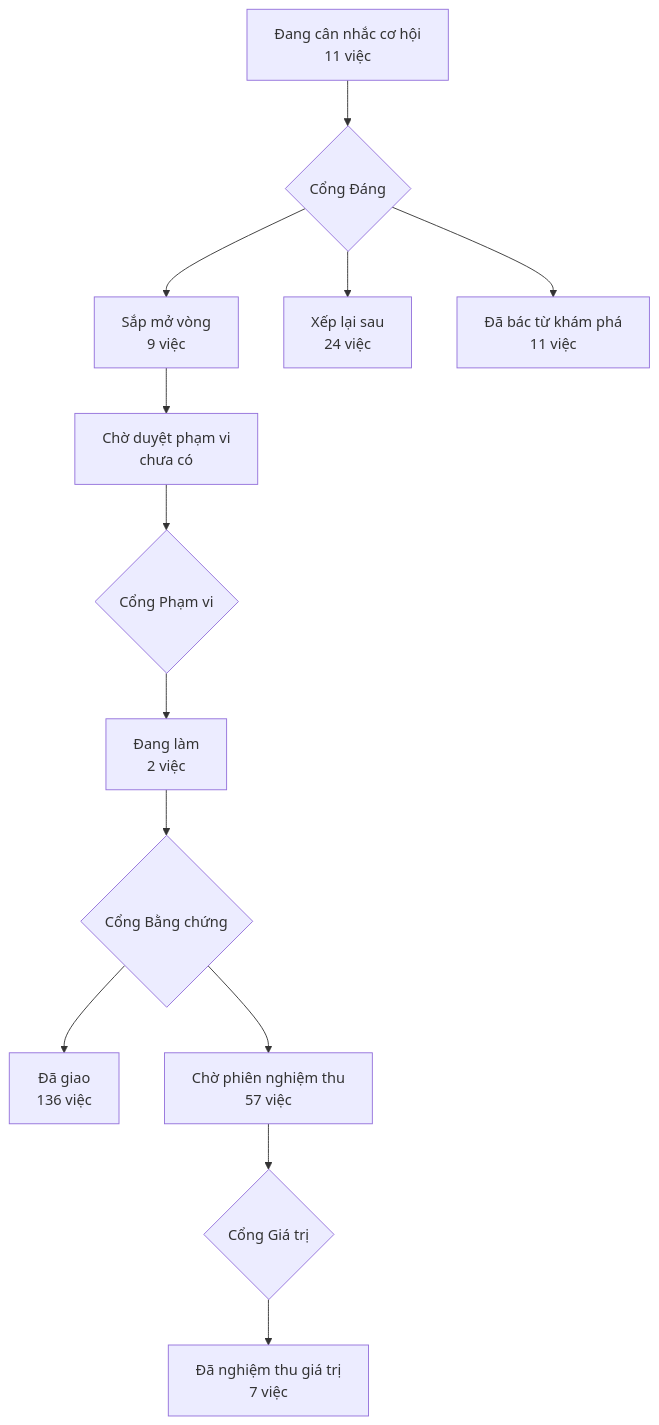
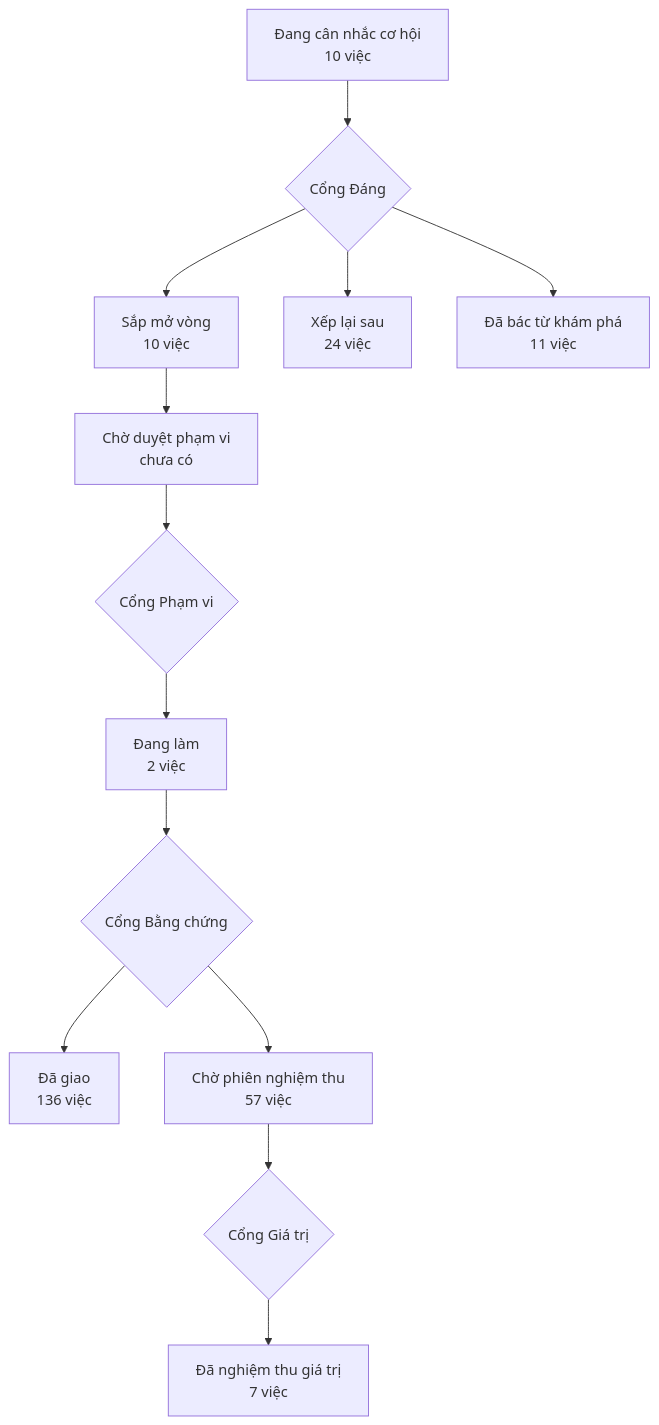
Before and after one commit to phanlemanh/acceptance-gate-kit: the diagram in PRODUCT-MAP.md, drawn with Mermaid. The commit also changed 2 other files, not shown here.

Commit message:
acceptance(doi-chung-chay-duoc): Cổng Đáng — chủ kho gõ «build» 04:55:51Z

````diff
--- a/PRODUCT-MAP.md
+++ b/PRODUCT-MAP.md
@@ -7,12 +7,12 @@
 ```mermaid
 flowchart TD
-  A["Đang cân nhắc cơ hội<br/>11 việc"] --> GD{"Cổng Đáng"}
-  GD --> B["Sắp mở vòng<br/>9 việc"]
+  A["Đang cân nhắc cơ hội<br/>10 việc"] --> GD{"Cổng Đáng"}
+  GD --> B["Sắp mở vòng<br/>10 việc"]
   GD --> XL["Xếp lại sau<br/>24 việc"]
   GD --> DB["Đã bác từ khám phá<br/>11 việc"]
   B --> CD["Chờ duyệt phạm vi<br/>chưa có"] --> GP{"Cổng Phạm vi"}
   GP --> DL["Đang làm<br/>2 việc"] --> GB{"Cổng Bằng chứng"}
   GB --> DG["Đã giao<br/>136 việc"]
   GB --> CN["Chờ phiên nghiệm thu<br/>57 việc"] --> GG{"Cổng Giá trị"}
   GG --> NT["Đã nghiệm thu giá trị<br/>7 việc"]
 ```
````
